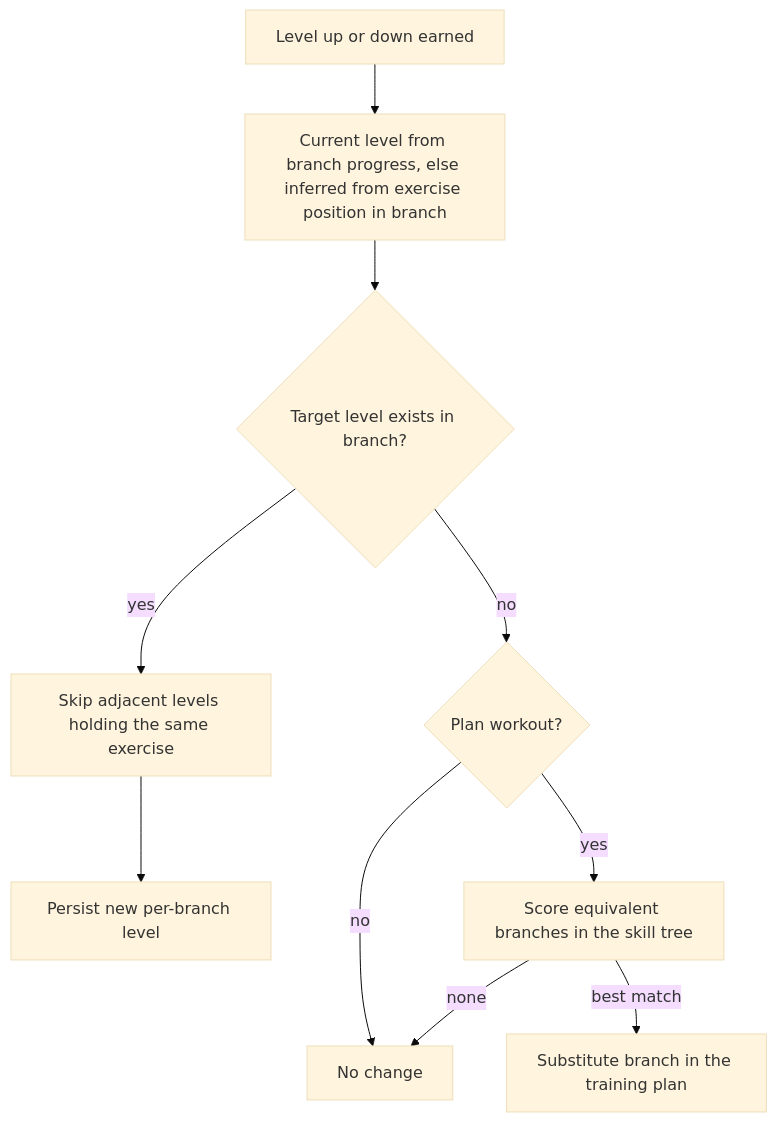
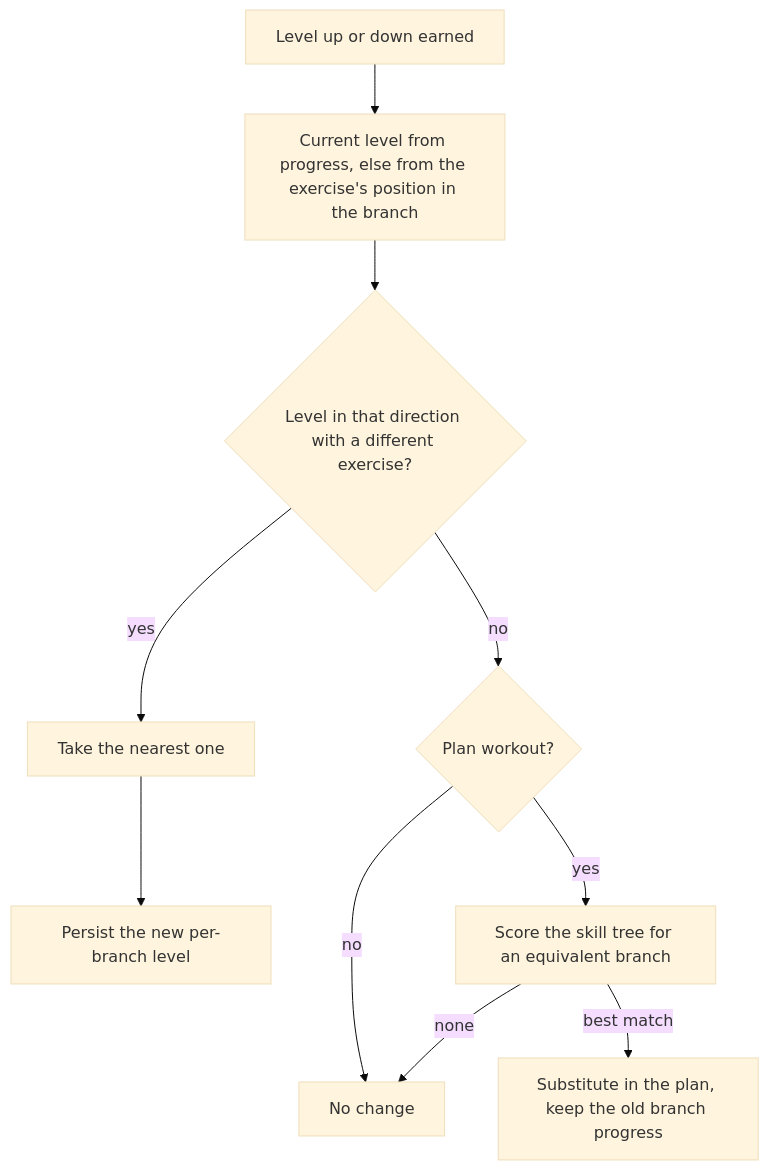
Before and after one commit to digital-athletic/sports-athletic: the first of 2 diagrams in athlete-mobile/docs/specs/branch-exercise-level-system.md, drawn with Mermaid (base theme). The commit also changed other lines of this file and 7 other files, not shown here.

````diff
--- a/athlete-mobile/docs/specs/branch-exercise-level-system.md
+++ b/athlete-mobile/docs/specs/branch-exercise-level-system.md
@@ -58,12 +78,12 @@
 ```mermaid
 flowchart TD
-    A[Level up or down earned] --> B[Current level from branch progress, else inferred from exercise position in branch]
-    B --> C{Target level exists in branch?}
-    C -- yes --> D[Skip adjacent levels holding the same exercise]
-    D --> E[Persist new per-branch level]
+    A[Level up or down earned] --> B[Current level from progress, else from the exercise's position in the branch]
+    B --> C{Level in that direction with a different exercise?}
+    C -- yes --> D[Take the nearest one]
+    D --> E[Persist the new per-branch level]
     C -- no --> F{Plan workout?}
     F -- no --> G[No change]
-    F -- yes --> H[Score equivalent branches in the skill tree]
-    H -- best match --> I[Substitute branch in the training plan]
+    F -- yes --> H[Score the skill tree for an equivalent branch]
+    H -- best match --> I[Substitute in the plan, keep the old branch progress]
     H -- none --> G
 ```
````
